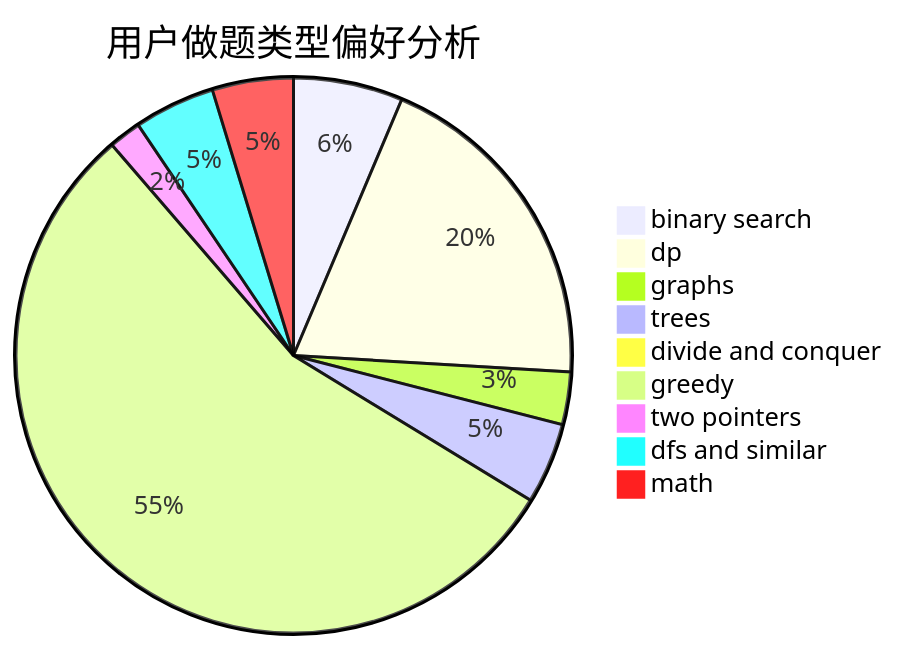
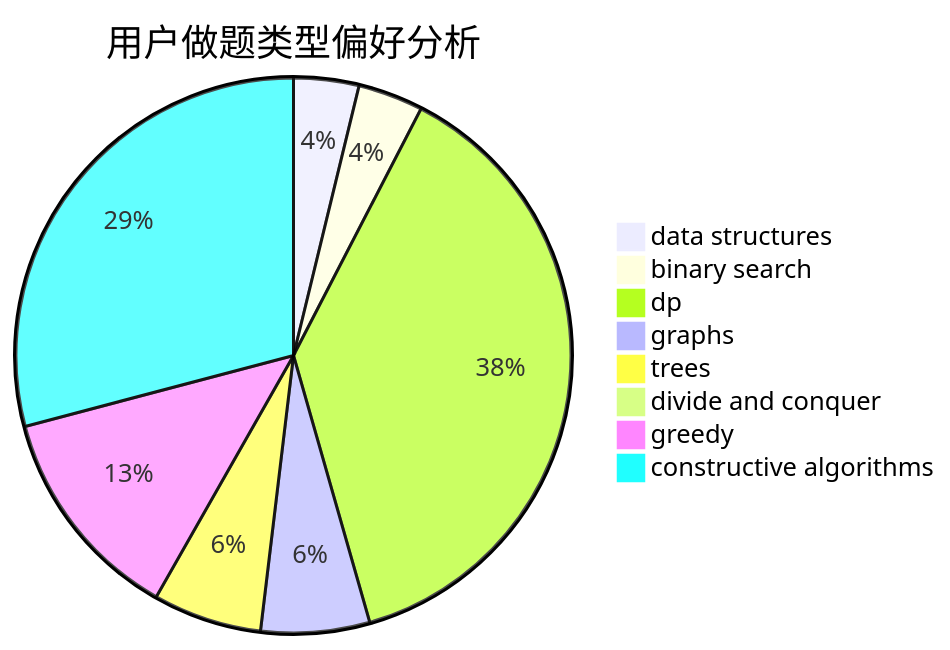
Before and after one commit to sherpahu/cfrs.github.io: the second of 3 diagrams in docs/user/u2615.md, drawn with Mermaid. The commit also changed other lines of this file and 2775 other files, not shown here.

````diff
--- a/docs/user/u2615.md
+++ b/docs/user/u2615.md
@@ -23,12 +23,11 @@
 ```mermaid
 pie title 用户做题类型偏好分析
-    "binary search" :  27
-    "dp" :  83
-    "graphs" :  13
-    "trees" :  20
+    "data structures" :  3
+    "binary search" :  3
+    "dp" :  30
+    "graphs" :  5
+    "trees" :  5
     "divide and conquer" :  0
-    "greedy" :  233
-    "two pointers" :  8
-    "dfs and similar" :  20
-    "math" :  20
+    "greedy" :  10
+    "constructive algorithms" :  23
 ```
````
